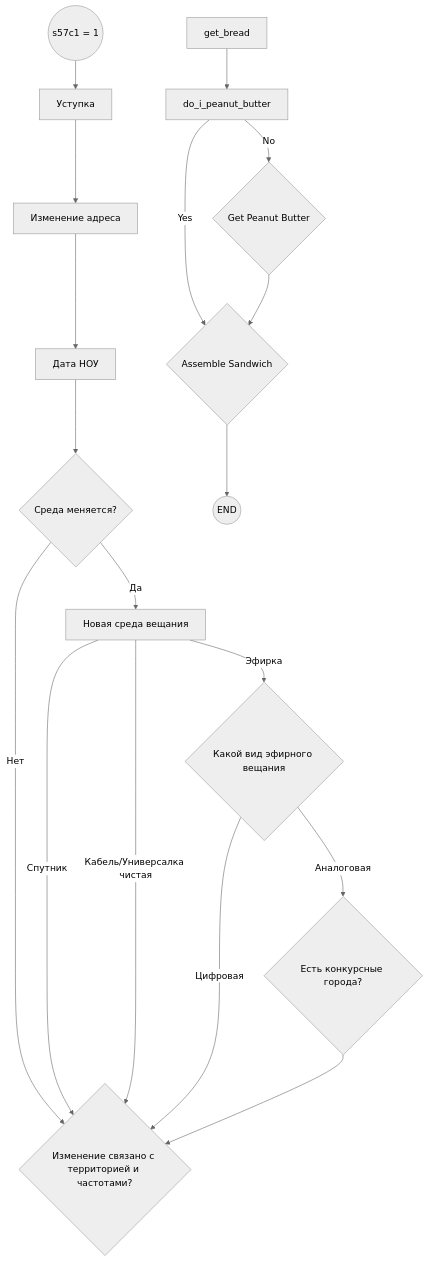
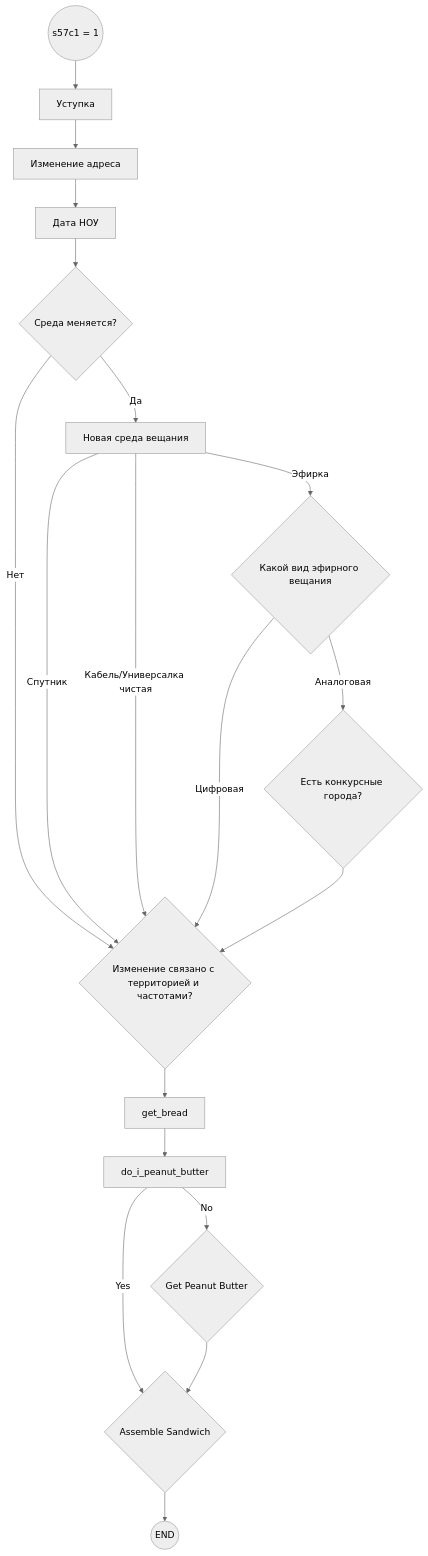
One commit to wolkoduff/myObsidianSync changed the diagram in README.md. Above: the diagram before and after it, drawn with Mermaid (neutral theme).

Commit message:
vault backup: 11.10.2024 22:10

````diff
--- a/README.md
+++ b/README.md
@@ -7,20 +7,21 @@
 ```mermaid
 flowchart TB
     start_sequence((s57c1 = 1)) --> ustupka[Уступка]
     ustupka --> address[Изменение адреса]
     address --> date[Дата НОУ]
     date --> changeArea{Среда меняется?}
     changeArea -->|Нет| changeTerr{Изменение связано с территорией}
     changeArea -->|Да| newArea[Новая среда вещания]
     newArea -->|Спутник| changeTerr{Изменение связано с территорией}
     newArea -->|Эфирка| nev{Какой вид эфирного вещания}
     newArea -->|Кабель/Универсалка чистая| changeTerr{Изменение связано с территорией}
     nev --> |Аналоговая| analog{Есть конкурсные города?}
     nev --> |Цифровая| changeTerr{Изменение связано с территорией}
     analog --> changeTerr{Изменение связано с территорией и частотами?}
+    changeTerr --> get_bread
     get_bread -->   do_i_peanut_butter
     do_i_peanut_butter -->|No| get_peanut_butter{Get Peanut Butter}
     do_i_peanut_butter -->|Yes| assemble{Assemble Sandwich}
     get_peanut_butter --> assemble{Assemble Sandwich}
     assemble --> end_sequence((END))
 ```
````
